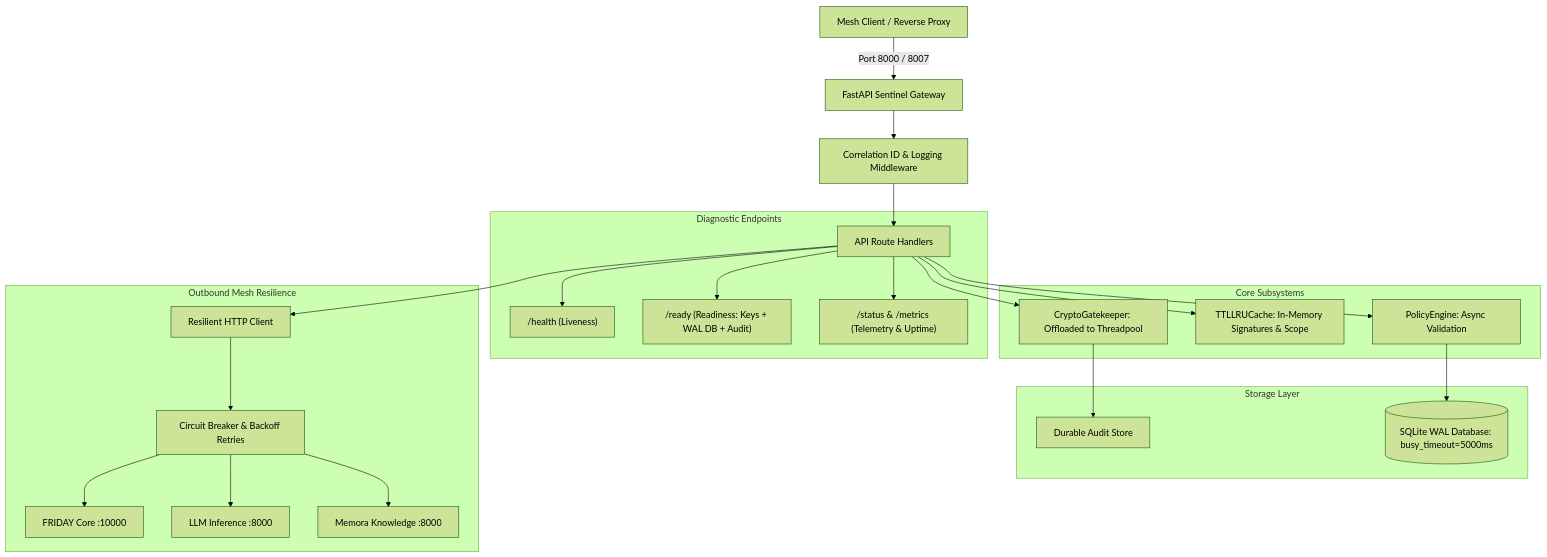
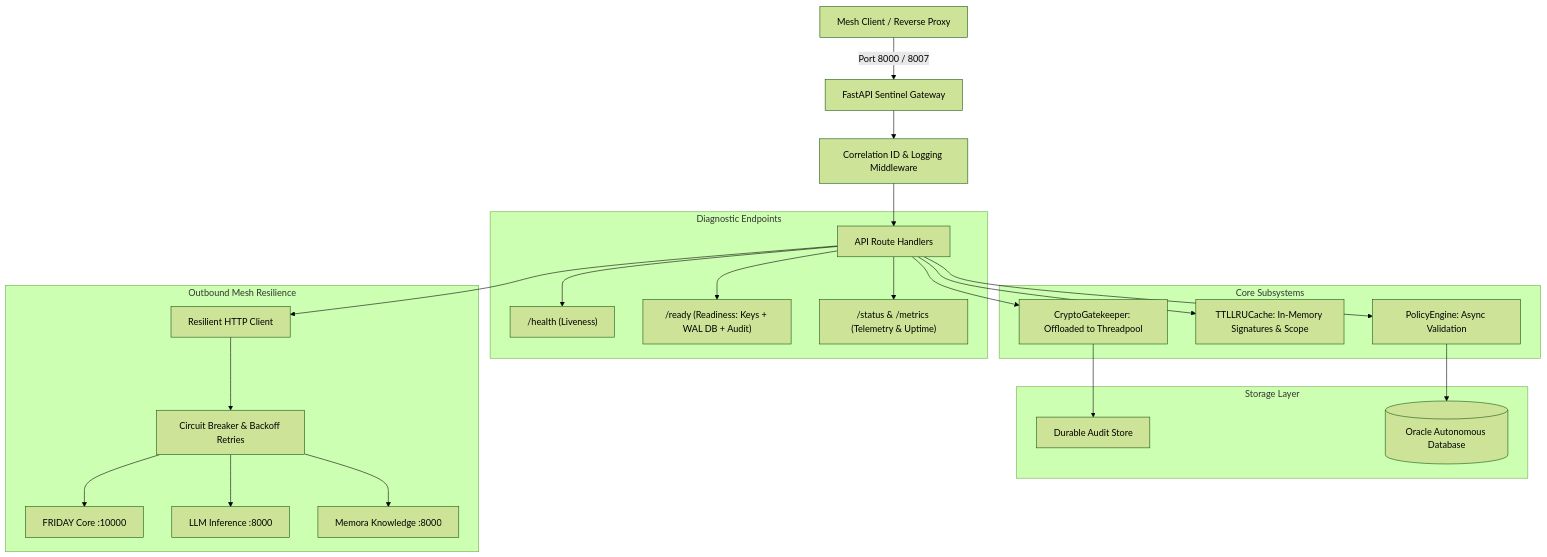
One commit to surendra2304/FRIDAY-Universe changed the diagram in Sentinel/README.md. Above: the diagram before and after it, drawn with Mermaid (forest theme). The commit also changed other lines of this file and 154 other files, not shown here.

````diff
--- a/Sentinel/README.md
+++ b/Sentinel/README.md
@@ -41,31 +41,31 @@
 ```mermaid
 graph TD
     Client[Mesh Client / Reverse Proxy] -->|Port 8000 / 8007| FastAPI[FastAPI Sentinel Gateway]
     FastAPI --> CorrelationMiddleware[Correlation ID & Logging Middleware]
     CorrelationMiddleware --> Routes[API Route Handlers]
     
     subgraph Diagnostic Endpoints
         Routes --> Health["/health (Liveness)"]
         Routes --> Ready["/ready (Readiness: Keys + WAL DB + Audit)"]
         Routes --> Status["/status & /metrics (Telemetry & Uptime)"]
     end
     
     subgraph Core Subsystems
         Routes --> Crypto[CryptoGatekeeper: Offloaded to Threadpool]
         Routes --> Cache[TTLLRUCache: In-Memory Signatures & Scope]
         Routes --> Policy[PolicyEngine: Async Validation]
     end
     
     subgraph Storage Layer
         Crypto --> Audit[Durable Audit Store]
-        Policy --> SQLite[(SQLite WAL Database: busy_timeout=5000ms)]
+        Policy --> OracleDB[(Oracle Autonomous Database)]
     end
     
     subgraph Outbound Mesh Resilience
         Routes --> ResilientClient[Resilient HTTP Client]
         ResilientClient --> CB[Circuit Breaker & Backoff Retries]
         CB --> FridayCore[FRIDAY Core :10000]
         CB --> LLMInference[LLM Inference :8000]
         CB --> Memora[Memora Knowledge :8000]
     end
 ```
````
